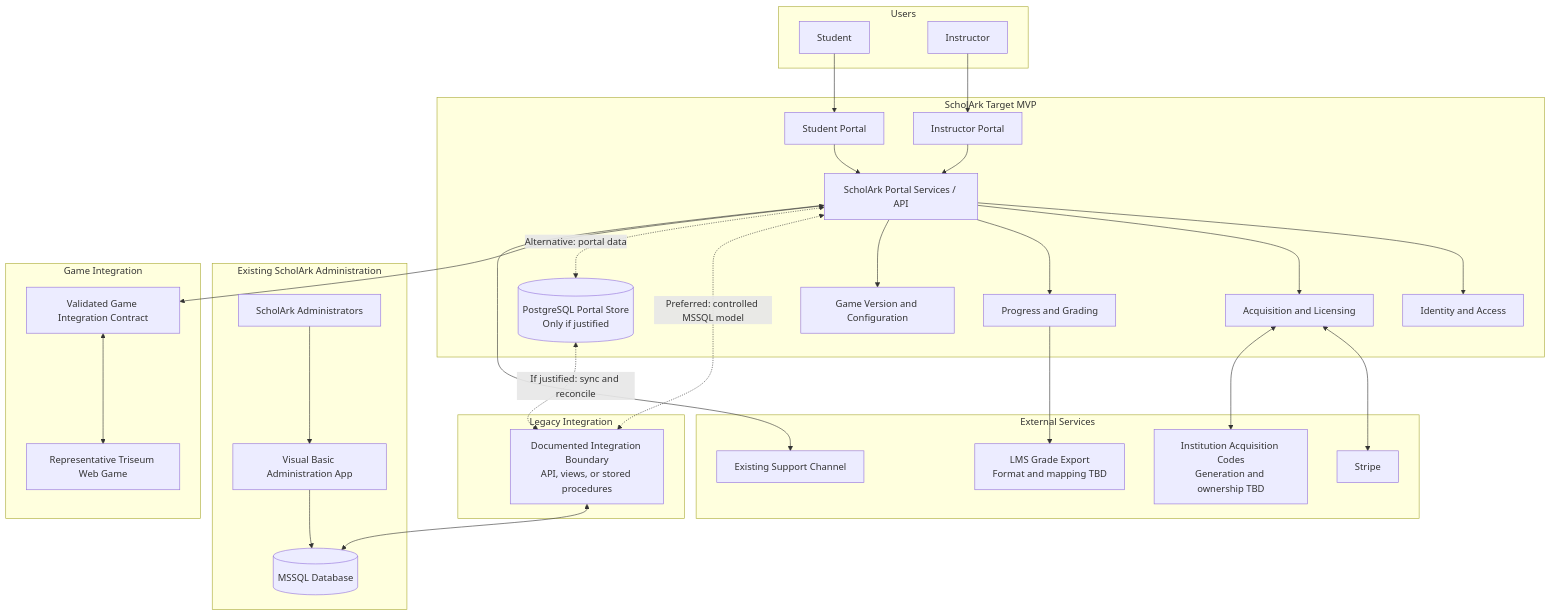
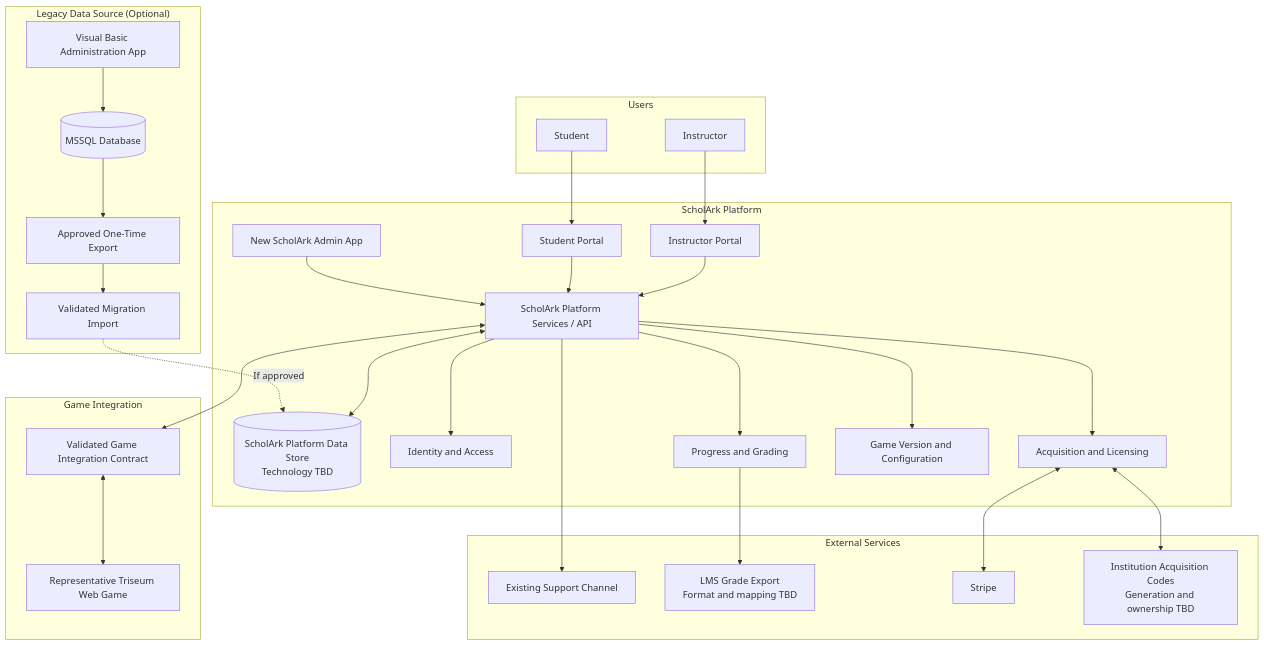
The diagram in doc/architecture.md (bitmate-inc/triseum-scholark), drawn with Mermaid before and after one commit. The commit also changed other lines of this file and 6 other files, not shown here.

````diff
--- a/doc/architecture.md
+++ b/doc/architecture.md
@@ -9,61 +9,58 @@
 ```mermaid
 flowchart TB
     subgraph Users["Users"]
         Student["Student"]
         Instructor["Instructor"]
     end
 
-    subgraph MVP["ScholArk Target MVP"]
+    subgraph MVP["ScholArk Platform"]
+        AdminApp["New ScholArk Admin App"]
         StudentPortal["Student Portal"]
         InstructorPortal["Instructor Portal"]
-        PortalAPI["ScholArk Portal Services / API"]
-        PortalData[("PostgreSQL Portal Store<br/>Only if justified")]
+        PortalAPI["ScholArk Platform Services / API"]
+        PlatformData[("ScholArk Platform Data Store<br/>Technology TBD")]
         Identity["Identity and Access"]
         Acquisition["Acquisition and Licensing"]
         Progress["Progress and Grading"]
         Config["Game Version and Configuration"]
 
+        AdminApp --> PortalAPI
         StudentPortal --> PortalAPI
         InstructorPortal --> PortalAPI
         PortalAPI --> Identity
         PortalAPI --> Acquisition
         PortalAPI --> Progress
         PortalAPI --> Config
     end
 
-    subgraph Existing["Existing ScholArk Administration"]
-        AdminUsers["ScholArk Administrators"]
+    subgraph Legacy["Legacy Data Source (Optional)"]
         VBApp["Visual Basic Administration App"]
         MSSQL[("MSSQL Database")]
-        AdminUsers --> VBApp --> MSSQL
-    end
-
-    subgraph LegacyIntegration["Legacy Integration"]
-        Boundary["Documented Integration Boundary<br/>API, views, or stored procedures"]
+        Export["Approved One-Time Export"]
+        Import["Validated Migration Import"]
+        VBApp --> MSSQL --> Export --> Import
     end
 
     subgraph Games["Game Integration"]
         GameAdapter["Validated Game Integration Contract"]
         WebGame["Representative Triseum Web Game"]
         GameAdapter <--> WebGame
     end
 
     subgraph External["External Services"]
         Support["Existing Support Channel"]
         GradeExport["LMS Grade Export<br/>Format and mapping TBD"]
         Stripe["Stripe"]
         InstitutionCode["Institution Acquisition Codes<br/>Generation and ownership TBD"]
     end
 
     Student --> StudentPortal
     Instructor --> InstructorPortal
-    PortalAPI <-. "Preferred: controlled MSSQL model" .-> Boundary
-    PortalAPI <-. "Alternative: portal data" .-> PortalData
-    PortalData <-. "If justified: sync and reconcile" .-> Boundary
-    Boundary <--> MSSQL
+    Import -. "If approved" .-> PlatformData
+    PortalAPI <--> PlatformData
     PortalAPI <--> GameAdapter
     PortalAPI --> Support
     Progress --> GradeExport
     Acquisition <--> Stripe
     Acquisition <--> InstitutionCode
 ```
````
